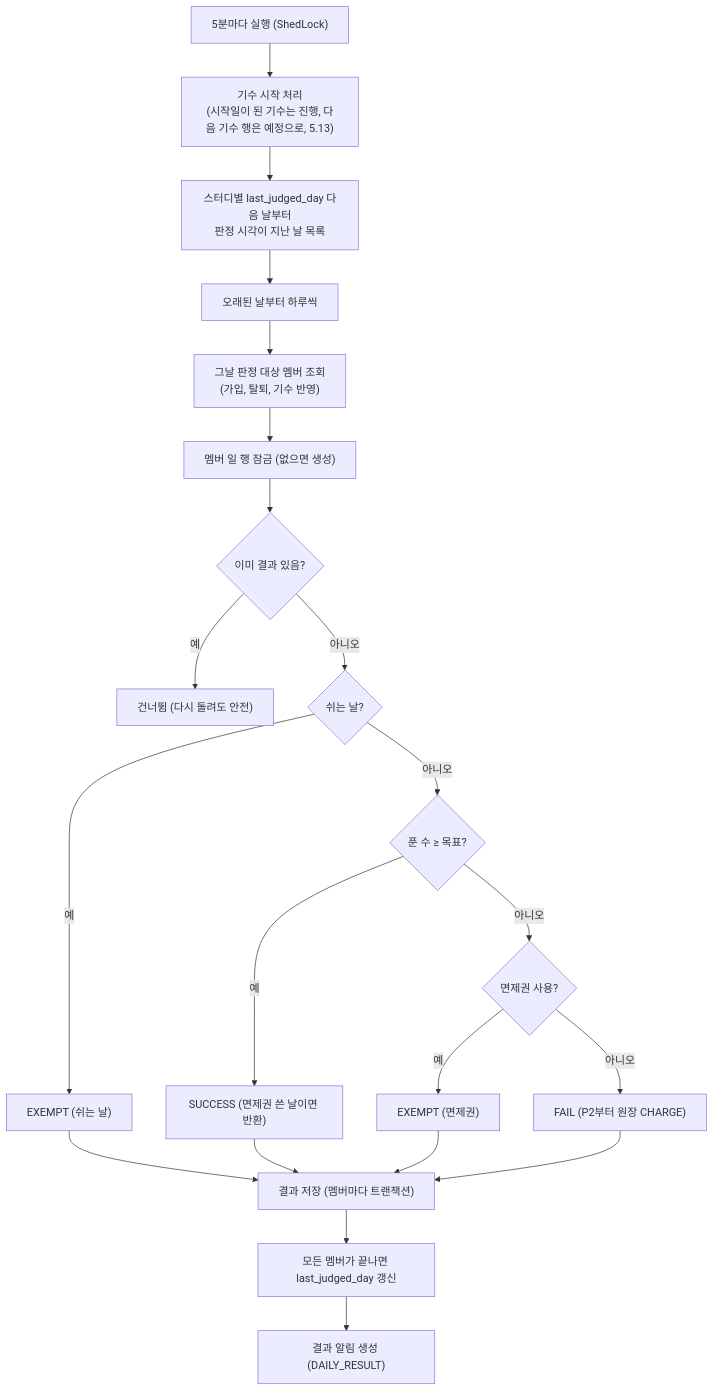
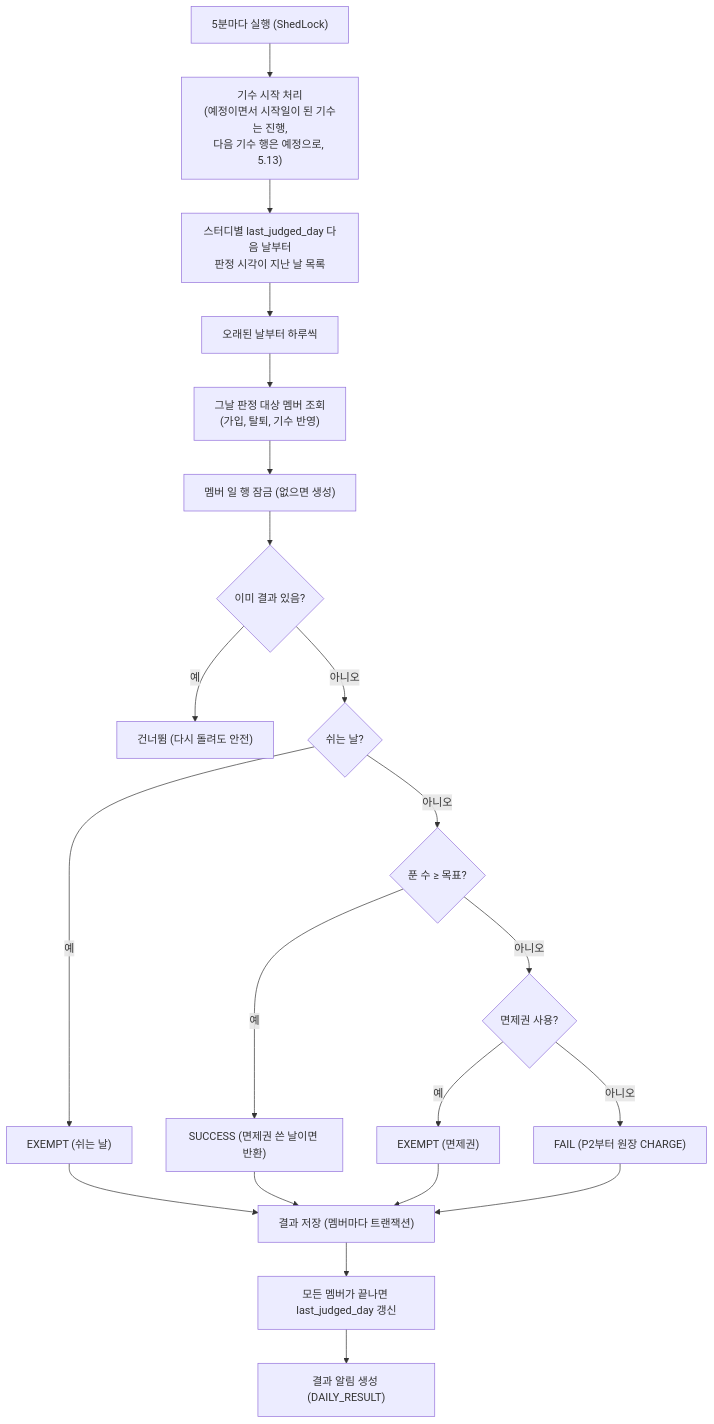
The diagram in docs/spec/processes/5.10-daily-judgment.md (Duskafka/codingtest-harness), drawn with Mermaid before and after one commit. The commit also changed other lines of this file and 5 other files, not shown here.

````diff
--- a/docs/spec/processes/5.10-daily-judgment.md
+++ b/docs/spec/processes/5.10-daily-judgment.md
@@ -5,23 +5,23 @@
 ```mermaid
 flowchart TD
-    A["5분마다 실행 (ShedLock)"] --> S["기수 시작 처리<br/>(시작일이 된 기수는 진행, 다음 기수 행은 예정으로, 5.13)"]
+    A["5분마다 실행 (ShedLock)"] --> S["기수 시작 처리<br/>(예정이면서 시작일이 된 기수는 진행,<br/>다음 기수 행은 예정으로, 5.13)"]
     S --> B["스터디별 last_judged_day 다음 날부터<br/>판정 시각이 지난 날 목록"]
     B --> C["오래된 날부터 하루씩"]
     C --> D["그날 판정 대상 멤버 조회<br/>(가입, 탈퇴, 기수 반영)"]
     D --> E["멤버 일 행 잠금 (없으면 생성)"]
     E --> F{"이미 결과 있음?"}
     F -->|" 예 "| G["건너뜀 (다시 돌려도 안전)"]
     F -->|" 아니오 "| H{"쉬는 날?"}
     H -->|" 예 "| R1["EXEMPT (쉬는 날)"]
     H -->|" 아니오 "| I{"푼 수 ≥ 목표?"}
     I -->|" 예 "| R2["SUCCESS (면제권 쓴 날이면 반환)"]
     I -->|" 아니오 "| J{"면제권 사용?"}
     J -->|" 예 "| R3["EXEMPT (면제권)"]
     J -->|" 아니오 "| R4["FAIL (P2부터 원장 CHARGE)"]
     R1 --> K["결과 저장 (멤버마다 트랜잭션)"]
     R2 --> K
     R3 --> K
     R4 --> K
     K --> L["모든 멤버가 끝나면 last_judged_day 갱신"]
     L --> M["결과 알림 생성 (DAILY_RESULT)"]
 ```
````
